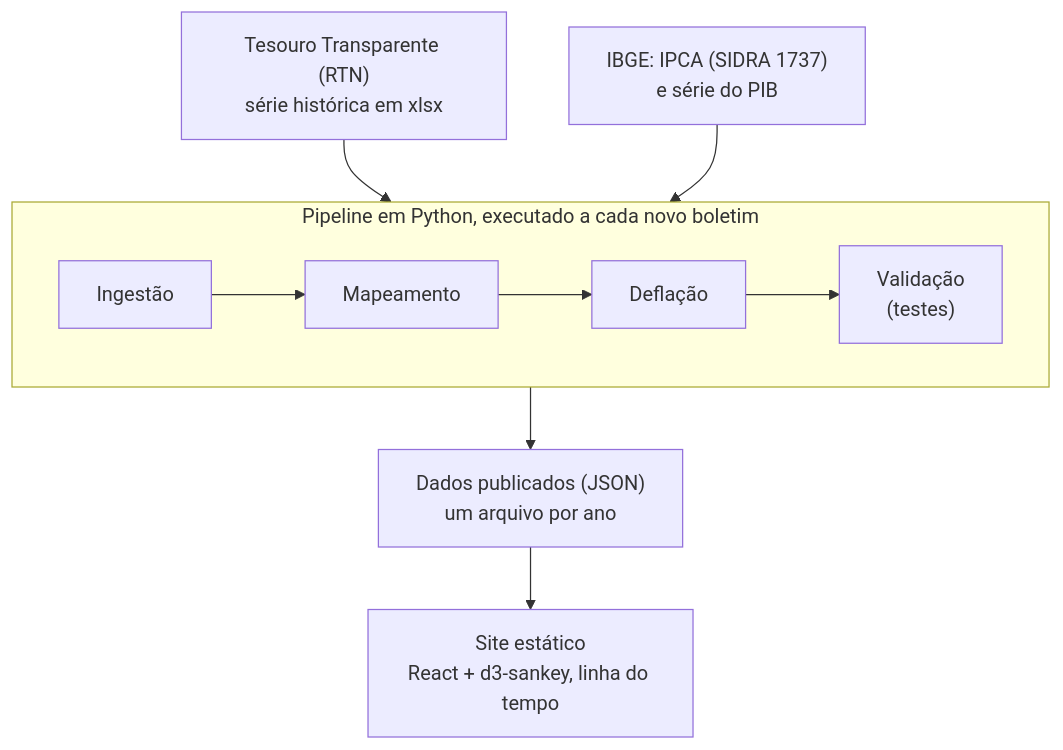
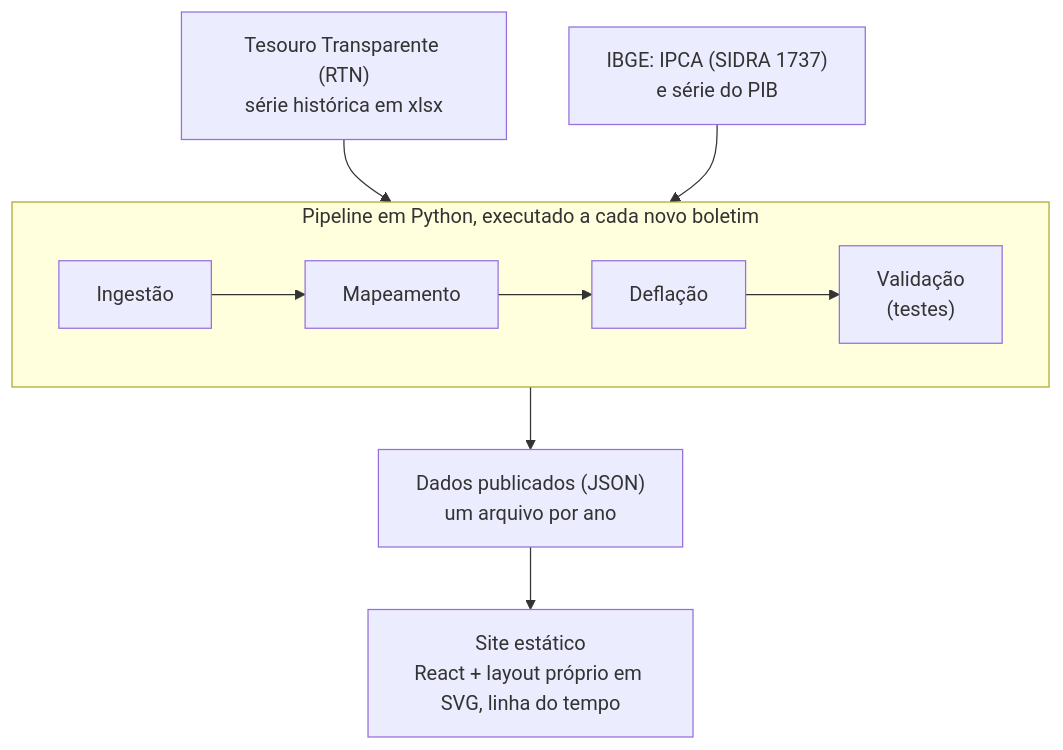
Before and after one commit to brunocastrillon/sankey-fiscal: the first of 2 diagrams in docs/especificacao.md, drawn with Mermaid. The commit also changed other lines of this file and 12 other files, not shown here.

First line of the commit message:
feat: layout próprio em SVG, com geometria e rótulos testados nos 11 anos

````diff
--- a/docs/especificacao.md
+++ b/docs/especificacao.md
@@ -114,11 +114,11 @@
 ```mermaid
 flowchart TD
     A["Tesouro Transparente (RTN)<br/>série histórica em xlsx"] --> P
     B["IBGE: IPCA (SIDRA 1737)<br/>e série do PIB"] --> P
     subgraph P["Pipeline em Python, executado a cada novo boletim"]
         direction LR
         P1[Ingestão] --> P2[Mapeamento] --> P3[Deflação] --> P4["Validação<br/>(testes)"]
     end
     P --> J["Dados publicados (JSON)<br/>um arquivo por ano"]
-    J --> S["Site estático<br/>React + d3-sankey, linha do tempo"]
+    J --> S["Site estático<br/>React + layout próprio em SVG, linha do tempo"]
 ```
````
